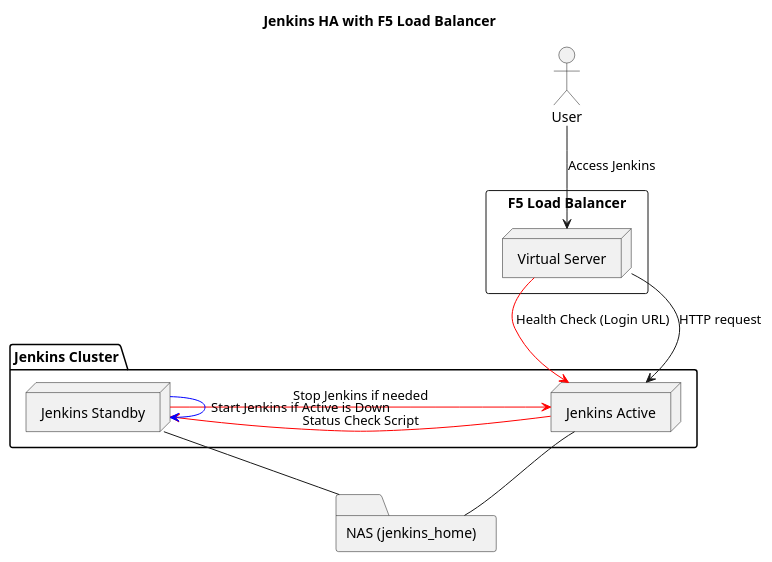
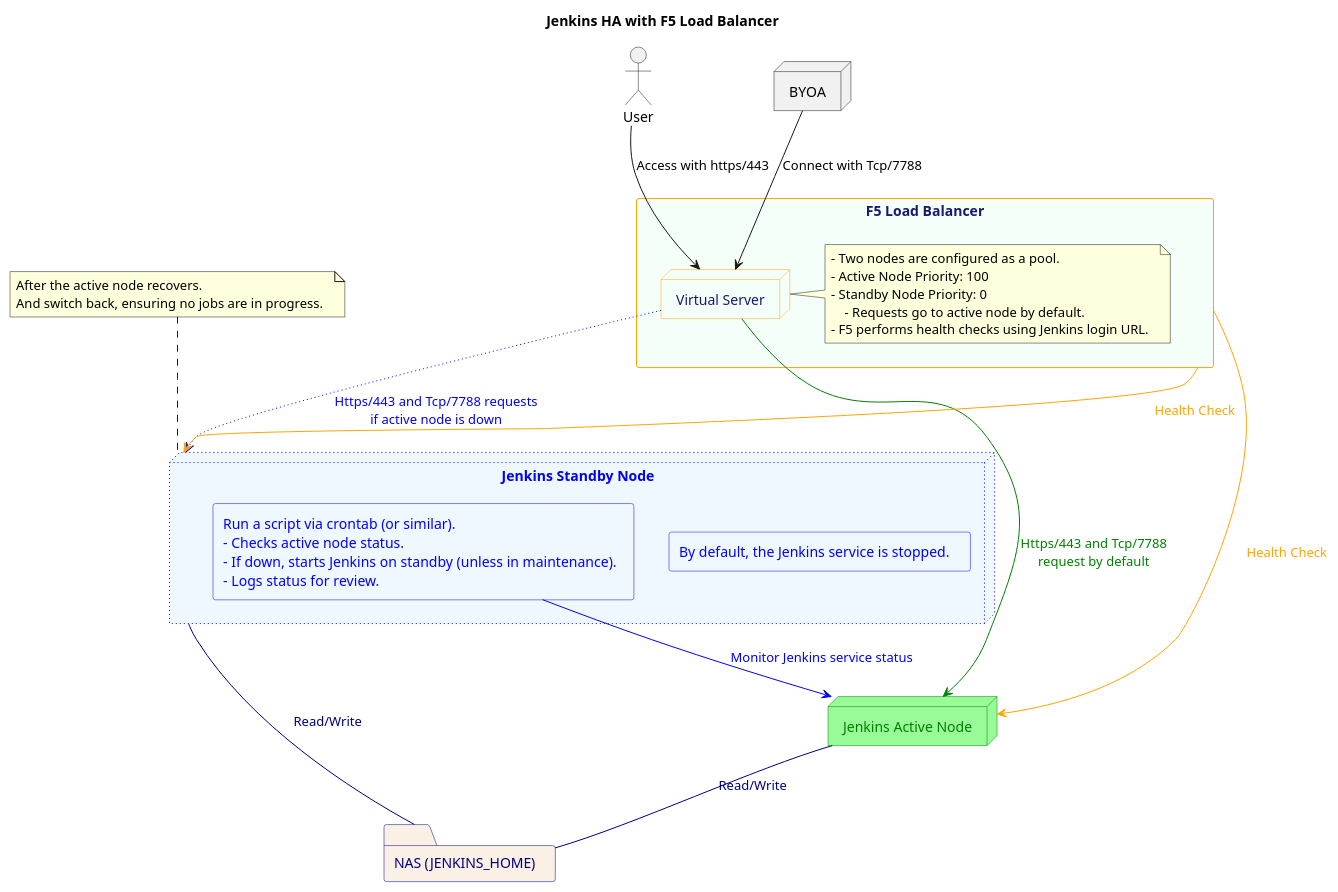
Before and after one commit to homeday/morganstanley: the diagram in jenkins.puml, drawn with PlantUML.

```diff
--- a/jenkins.puml
+++ b/jenkins.puml
@@ -1,29 +1,52 @@
-@startuml
+@startuml Jenkins HA with F5 Load Balancer
 title Jenkins HA with F5 Load Balancer
 
 actor User
+node BYOA
 
-rectangle "F5 Load Balancer" {
-  node "Virtual Server" as VS
+rectangle "F5 Load Balancer" as F5 #MintCream;line:Orange;text:MidnightBlue {
+    node "Virtual Server" as VS #MintCream;line:Orange;text:MidnightBlue 
+    note right of VS 
+    - Two nodes are configured as a pool.  
+    - Active Node Priority: 100  
+    - Standby Node Priority: 0  
+        - Requests go to active node by default.  
+    - F5 performs health checks using Jenkins login URL.  
+    end note
 }
 
-package "Jenkins Cluster" {
-  node "Jenkins Active" as Active
-  node "Jenkins Standby" as Standby
+node "Jenkins Active Node" as Active #palegreen;line:green;text:green
+
+node "Jenkins Standby Node" as Standby #aliceblue;line:blue;line.dotted;text:blue {
+    rectangle service #aliceblue;line:blue;text:blue [
+        By default, the Jenkins service is stopped.   
+    ]
+    rectangle Script #aliceblue;line:blue;text:blue [
+        Run a script via crontab (or similar).  
+        - Checks active node status.  
+        - If down, starts Jenkins on standby (unless in maintenance).  
+        - Logs status for review.
+    ]
 }
 
-folder "NAS (jenkins_home)" as NAS
+note top of Standby
+After the active node recovers.
+And switch back, ensuring no jobs are in progress.  
+end note
 
-User --> VS : Access Jenkins
+folder "NAS (JENKINS_HOME)" as NAS #linen;line:navy;text:navy
 
-VS --> Active : HTTP request
-VS -[#red]> Active : Health Check (Login URL)
+User --> VS : Access with https/443
+BYOA --> VS : Connect with Tcp/7788
 
-Active -[#red]> Standby : Status Check Script
-Standby -[#red]> Active : Stop Jenkins if needed
-Standby -[#blue]> Standby : Start Jenkins if Active is Down
+VS --> Active #green;text:green : Https/443 and Tcp/7788\nrequest by default
+F5 --> Active #Orange;text:Orange : Health Check
+VS --> Standby #blue;line.dotted;text:blue : Https/443 and Tcp/7788 requests\nif active node is down
+F5 --> Standby #Orange;text:Orange : Health Check 
 
-Active -- NAS
-Standby -- NAS
+Script --> Active #blue;text:blue : Monitor Jenkins service status
+
+Active -- NAS #navy;text:navy : Read/Write
+Standby -- NAS #navy;text:navy : Read/Write
 
 @enduml
```
